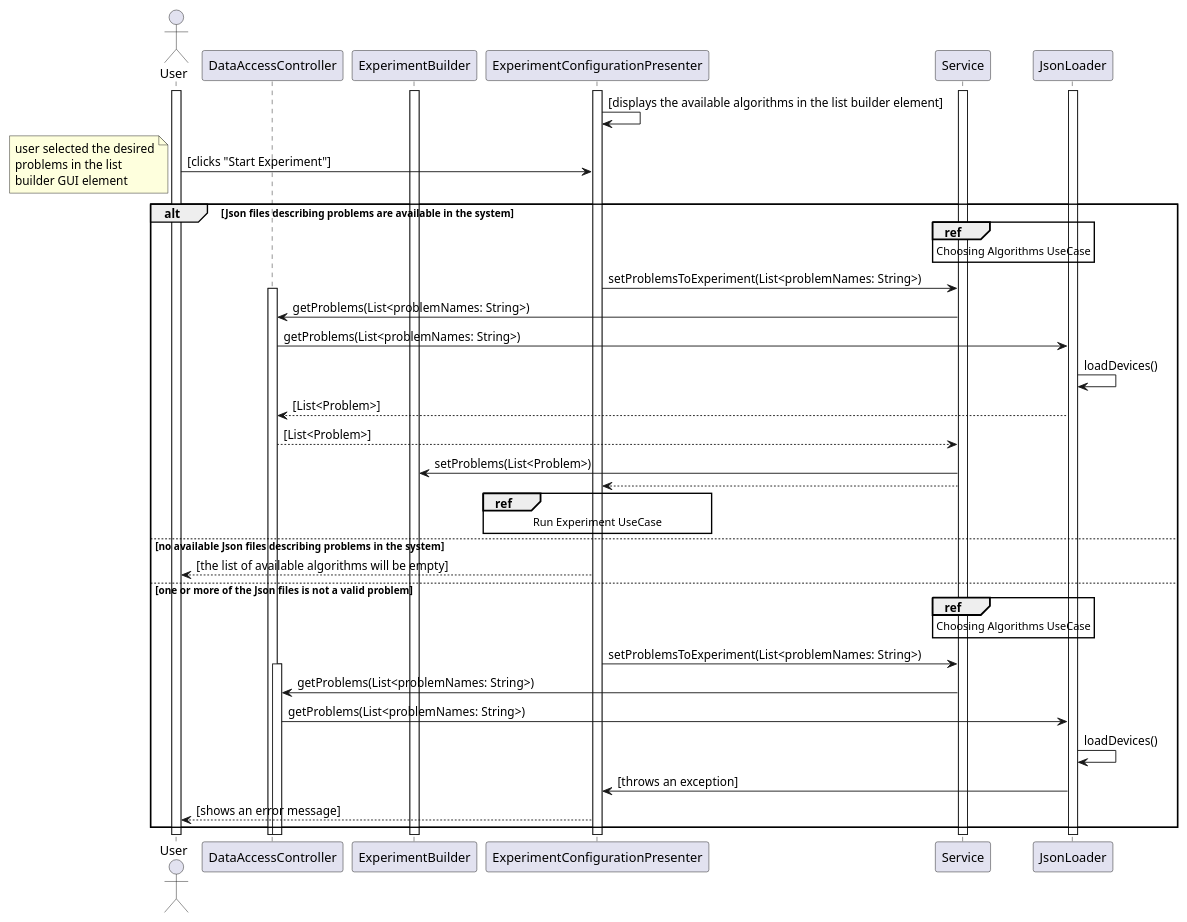
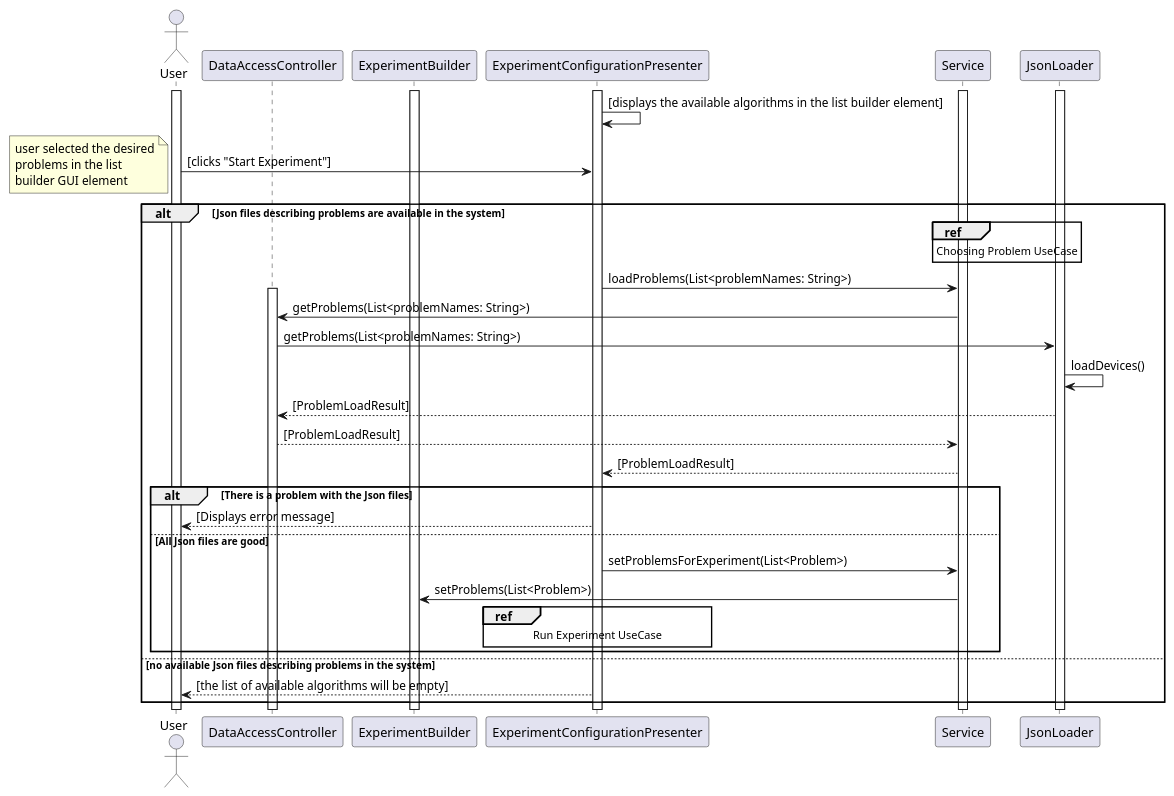
Before and after one commit to miamiHits/FinalProject: the diagram in Docs/Diagrams/behaviour diagrams/scripts/dataChooseSeq.puml, drawn with PlantUML. The commit also changed 3 other files, not shown here.

Commit message:
fixed diagrams

```diff
--- a/Docs/Diagrams/behaviour diagrams/scripts/dataChooseSeq.puml
+++ b/Docs/Diagrams/behaviour diagrams/scripts/dataChooseSeq.puml
@@ -1,66 +1,76 @@
 @startuml
 actor User as u
 participant DataAccessController as DAC
 participant ExperimentBuilder as EB
 
 activate u
 activate ExperimentConfigurationPresenter
 activate Service
 activate EB
 activate JsonLoader
 
 
 ExperimentConfigurationPresenter -> ExperimentConfigurationPresenter : [displays the available algorithms in the list builder element]
 u -> ExperimentConfigurationPresenter : [clicks "Start Experiment"]
 
 note left
     user selected the desired
     problems in the list
     builder GUI element
 end note
 
 alt Json files describing problems are available in the system
 
-    ref over Service : Choosing Algorithms UseCase
+    ref over Service : Choosing Problem UseCase
 
-    ExperimentConfigurationPresenter -> Service : setProblemsToExperiment(List<problemNames: String>)
+    ExperimentConfigurationPresenter -> Service : loadProblems(List<problemNames: String>)
 
     activate DAC
     Service -> DAC : getProblems(List<problemNames: String>)
 
     DAC -> JsonLoader : getProblems(List<problemNames: String>)
 
     JsonLoader -> JsonLoader : loadDevices()
 
-    JsonLoader --> DAC : [List<Problem>]
+    JsonLoader --> DAC : [ProblemLoadResult]
 
-    DAC -->Service : [List<Problem>]
-    Service -> EB : setProblems(List<Problem>)
-    Service --> ExperimentConfigurationPresenter
+    DAC -->Service : [ProblemLoadResult]
+    Service --> ExperimentConfigurationPresenter : [ProblemLoadResult]
 
-    ref over ExperimentConfigurationPresenter : Run Experiment UseCase
+    alt There is a problem with the Json files
+
+        ExperimentConfigurationPresenter --> u : [Displays error message]
+
+    else All Json files are good
+
+        ExperimentConfigurationPresenter -> Service : setProblemsForExperiment(List<Problem>)
+
+        Service -> EB : setProblems(List<Problem>)
+
+        ref over ExperimentConfigurationPresenter : Run Experiment UseCase
+    end
 
 else no available Json files describing problems in the system
 
     ExperimentConfigurationPresenter --> u : [the list of available algorithms will be empty]
 
-else one or more of the Json files is not a valid problem
+' else one or more of the Json files is not a valid problem
 
-    ref over Service : Choosing Algorithms UseCase
+'     ref over Service : Choosing Algorithms UseCase
 
-    ExperimentConfigurationPresenter -> Service : setProblemsToExperiment(List<problemNames: String>)
+'     ExperimentConfigurationPresenter -> Service : loadProblems(List<problemNames: String>)
 
-    activate DAC
-    Service -> DAC : getProblems(List<problemNames: String>)
+'     activate DAC
+'     Service -> DAC : getProblems(List<problemNames: String>)
 
-    DAC -> JsonLoader : getProblems(List<problemNames: String>)
+'     DAC -> JsonLoader : getProblems(List<problemNames: String>)
 
-    JsonLoader -> JsonLoader : loadDevices()
+'     JsonLoader -> JsonLoader : loadDevices()
 
-    JsonLoader -> ExperimentConfigurationPresenter : [throws an exception]
-    ExperimentConfigurationPresenter --> u : [shows an error message]
+'     JsonLoader -> ExperimentConfigurationPresenter : [throws an exception]
+'     ExperimentConfigurationPresenter --> u : [shows an error message]
 end
 
 
 
 @enduml
```
